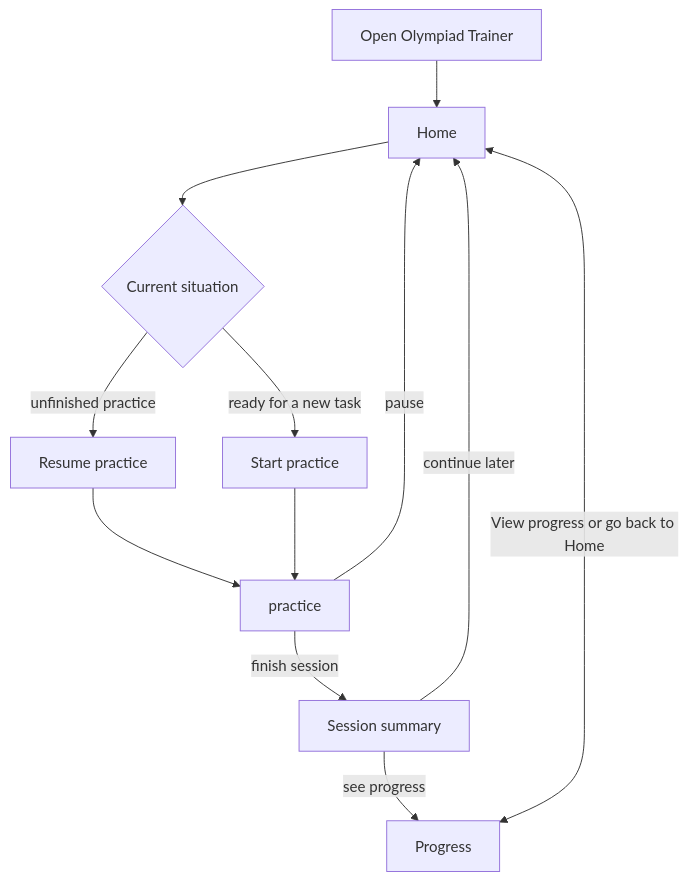
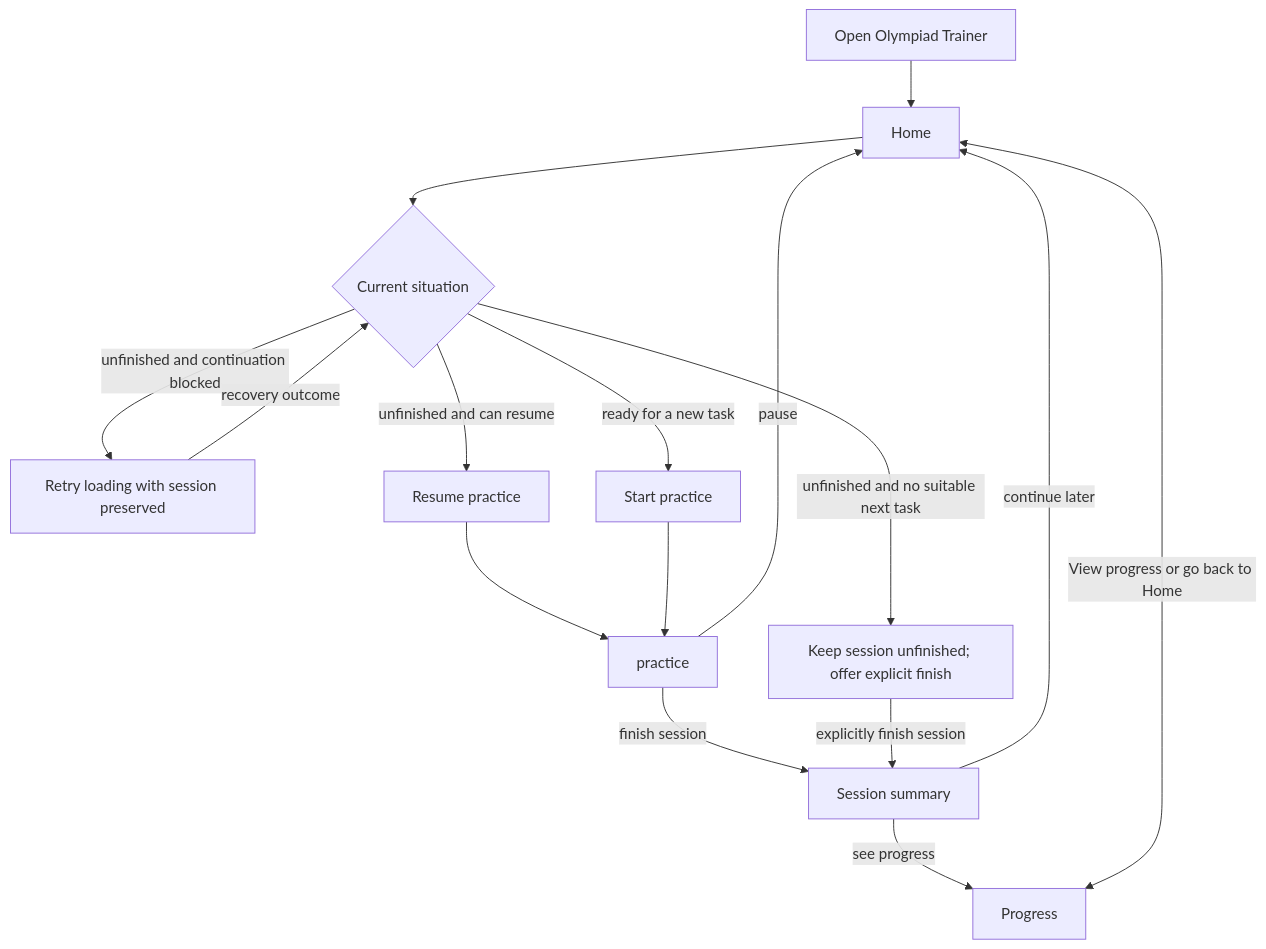
One commit to SemenKr/olympiad-trainer changed the second of 2 diagrams in docs/03-ux/first-visit-navigation-flow.md. Above: the diagram before and after it, drawn with Mermaid. The commit also changed other lines of this file and 6 other files, not shown here.

````diff
--- a/docs/03-ux/first-visit-navigation-flow.md
+++ b/docs/03-ux/first-visit-navigation-flow.md
@@ -86,14 +86,18 @@
 ```mermaid
 flowchart TD
     open[Open Olympiad Trainer] --> home[Home]
     home --> state{Current situation}
-    state -->|unfinished practice| resume[Resume practice]
+    state -->|unfinished and continuation blocked| recovery[Retry loading with session preserved]
+    state -->|unfinished and no suitable next task| unavailable[Keep session unfinished; offer explicit finish]
+    state -->|unfinished and can resume| resume[Resume practice]
     state -->|ready for a new task| start[Start practice]
     resume --> practice
     start --> practice
     practice -->|pause| home
     practice -->|finish session| summary[Session summary]
+    unavailable -->|explicitly finish session| summary
+    recovery -->|recovery outcome| state
     summary -->|continue later| home
     summary -->|see progress| progress[Progress]
     home <-->|View progress or go back to Home| progress
 ```
````
